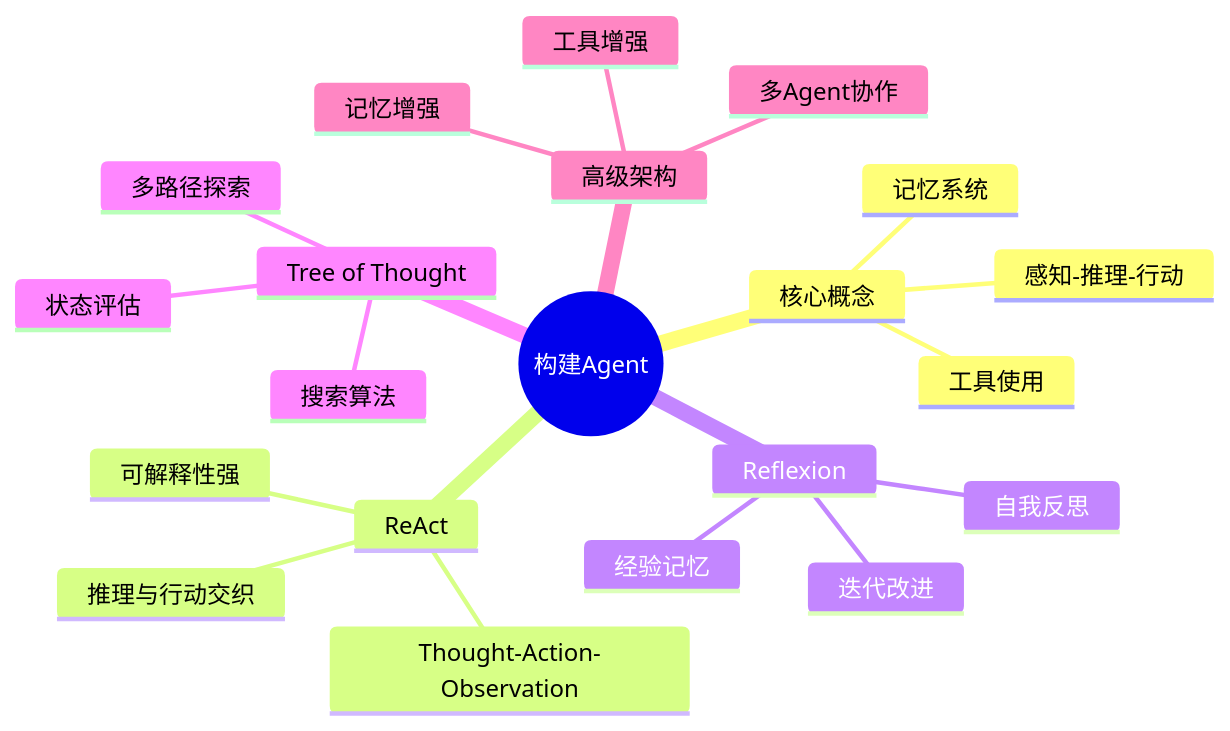
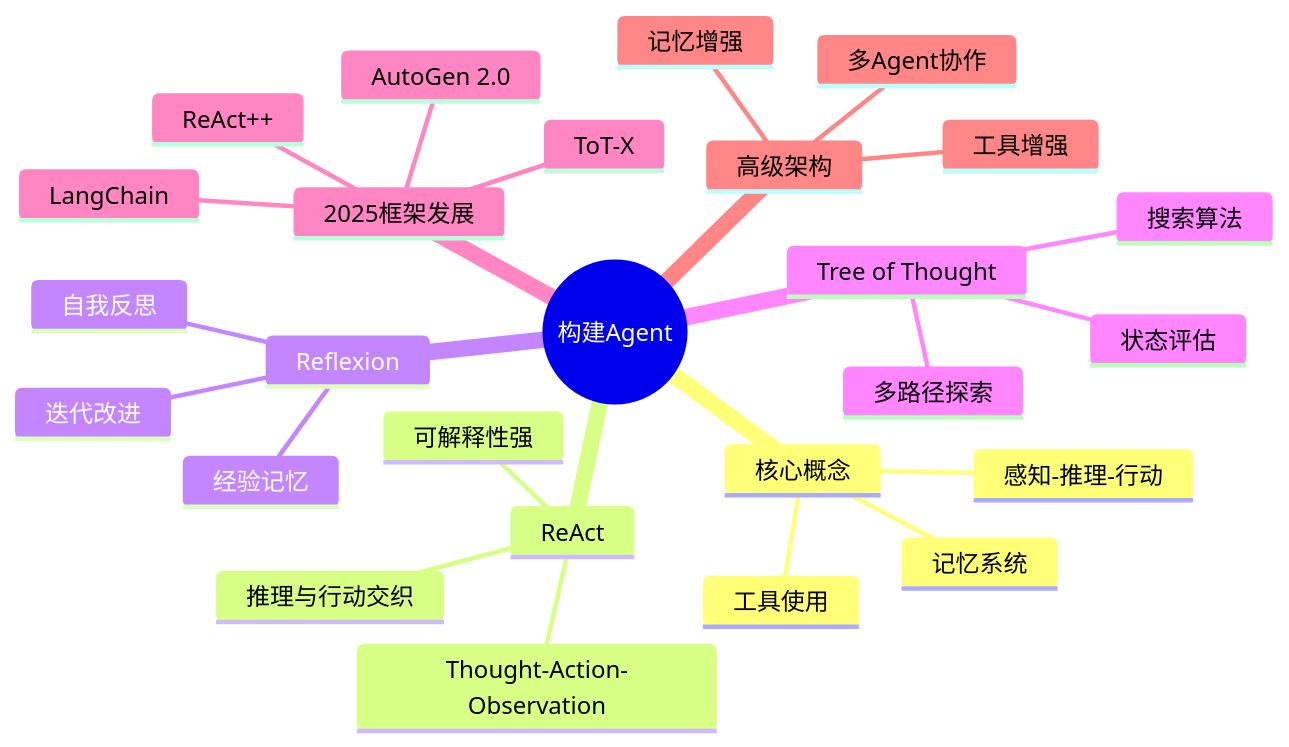
Diagram 12 of 12 in learning/website/docs/basics/27-building-agents.md (Xunzhuo/mini-sglang), drawn with Mermaid before and after one commit. The commit also changed other lines of this file and 23 other files, not shown here.

````diff
--- a/learning/website/docs/basics/27-building-agents.md
+++ b/learning/website/docs/basics/27-building-agents.md
@@ -898,24 +615,29 @@
 ```mermaid
 mindmap
     root((构建Agent))
         核心概念
             感知-推理-行动
             工具使用
             记忆系统
         ReAct
             推理与行动交织
             Thought-Action-Observation
             可解释性强
         Reflexion
             自我反思
             迭代改进
             经验记忆
         Tree of Thought
             多路径探索
             状态评估
             搜索算法
+        2025框架发展
+            LangChain
+            AutoGen 2.0
+            ToT-X
+            ReAct++
         高级架构
             多Agent协作
             工具增强
             记忆增强
 ```
````
